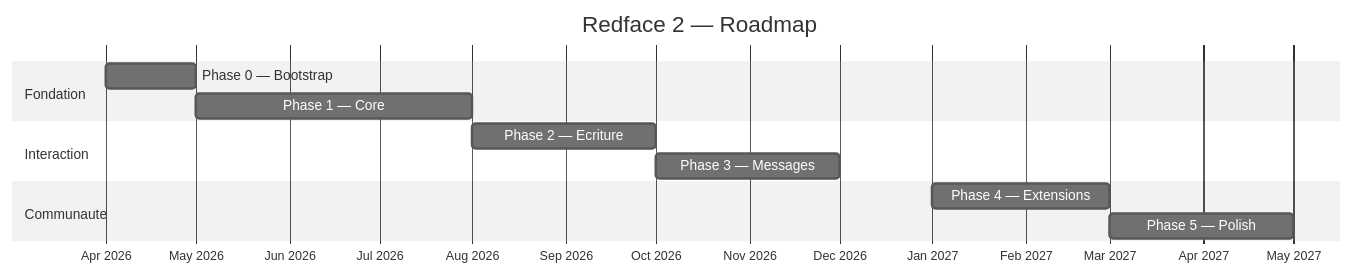
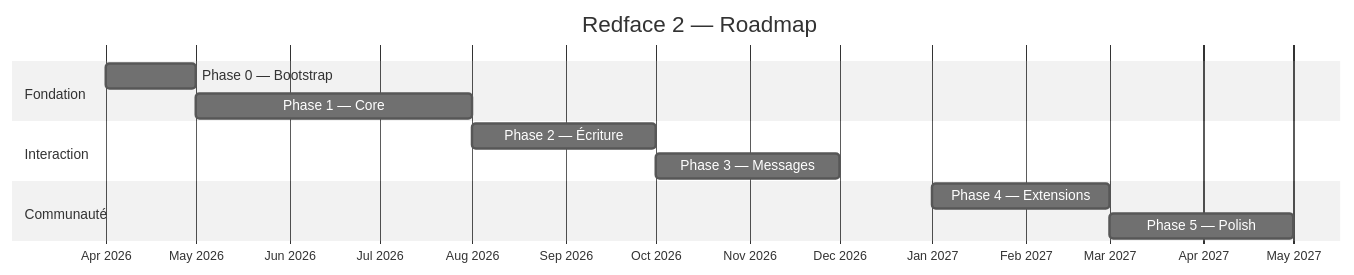
Before and after one commit to ForumHFR/redface2: the diagram in docs/roadmap.md, drawn with Mermaid (neutral theme). The commit also changed other lines of this file and 10 other files, not shown here.

````diff
--- a/docs/roadmap.md
+++ b/docs/roadmap.md
@@ -16,18 +16,18 @@
 ```mermaid
 gantt
     title Redface 2 — Roadmap
     dateFormat YYYY-MM
     axisFormat %b %Y
 
     section Fondation
     Phase 0 — Bootstrap          :p0, 2026-04, 2026-05
     Phase 1 — Core               :p1, 2026-05, 2026-08
 
     section Interaction
-    Phase 2 — Ecriture           :p2, 2026-08, 2026-10
+    Phase 2 — Écriture           :p2, 2026-08, 2026-10
     Phase 3 — Messages           :p3, 2026-10, 2026-12
 
-    section Communaute
+    section Communauté
     Phase 4 — Extensions         :p4, 2027-01, 2027-03
     Phase 5 — Polish             :p5, 2027-03, 2027-05
 ```
````
